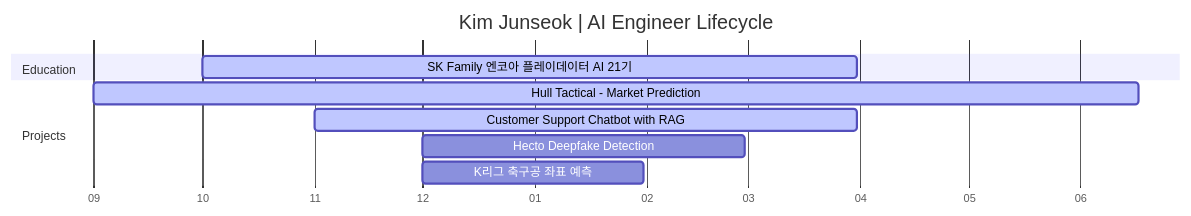
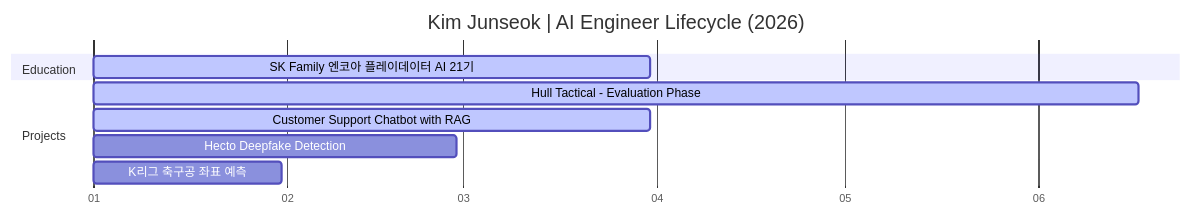
One commit to junreud/junreud changed the second of 2 diagrams in README.md. Above: the diagram before and after it, drawn with Mermaid. The commit also changed other lines of this file, not shown here.

Commit message:
준석_mermaid 그래프 연도별 분리 및 프로젝트 단계 수정

````diff
--- a/README.md
+++ b/README.md
@@ -7,16 +28,16 @@
 ```mermaid
 gantt
-    title Kim Junseok | AI Engineer Lifecycle
+    title Kim Junseok | AI Engineer Lifecycle (2026)
     dateFormat  YYYY-MM-DD
     axisFormat  %m
     tickInterval 1month
 
     section Education
-    SK Family 엔코아 플레이데이터 AI 21기      :active, edu1, 2025-10-01, 2026-03-31
+    SK Family 엔코아 플레이데이터 AI 21기      :active, edu1, 2026-01-01, 2026-03-31
 
     section Projects
-    Hull Tactical - Market Prediction        :active, p1, 2025-09-01, 2026-06-17
-    Customer Support Chatbot with RAG        :active, p2, 2025-11-01, 2026-03-31
-    Hecto Deepfake Detection  :p3, 2025-12-01, 2026-02-28
-    K리그 축구공 좌표 예측                     :p4, 2025-12-01, 2026-01-31
+    Hull Tactical - Evaluation Phase         :active, p1_eval, 2026-01-01, 2026-06-17
+    Customer Support Chatbot with RAG        :active, p2, 2026-01-01, 2026-03-31
+    Hecto Deepfake Detection                 :p3, 2026-01-01, 2026-02-28
+    K리그 축구공 좌표 예측                     :p4, 2026-01-01, 2026-01-31
 ```
````
